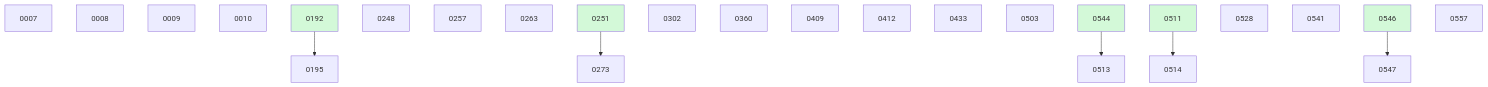
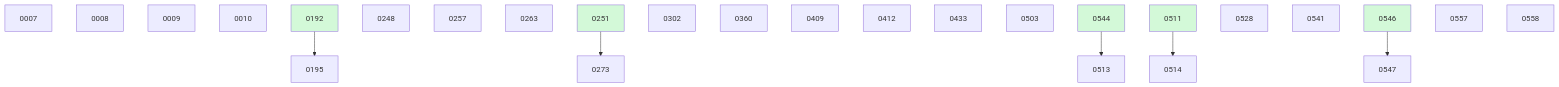
The diagram in docs/changes/BOARD.md (danielhanold/docket), drawn with Mermaid before and after one commit. The commit also changed other lines of this file and 1 other file, not shown here.

````diff
--- a/docs/changes/BOARD.md
+++ b/docs/changes/BOARD.md
@@ -46,30 +47,31 @@
 ```mermaid
 graph TD
   0007
   0008
   0009
   0010
   0192 --> 0195
   0248
   0257
   0263
   0251 --> 0273
   0302
   0360
   0409
   0412
   0433
   0503
   0544 --> 0513
   0511 --> 0514
   0528
   0541
   0546 --> 0547
   0557
+  0558
   0192:::done
   0251:::done
   0511:::done
   0544:::done
   0546:::done
   classDef done fill:#d3f9d8;
 ```
````
